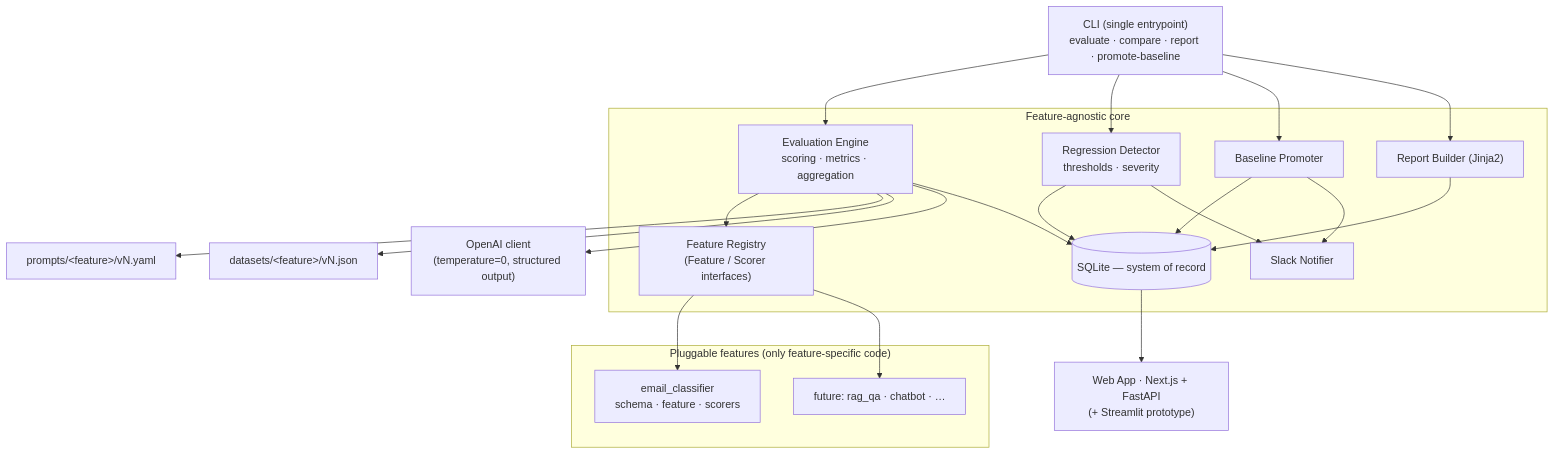
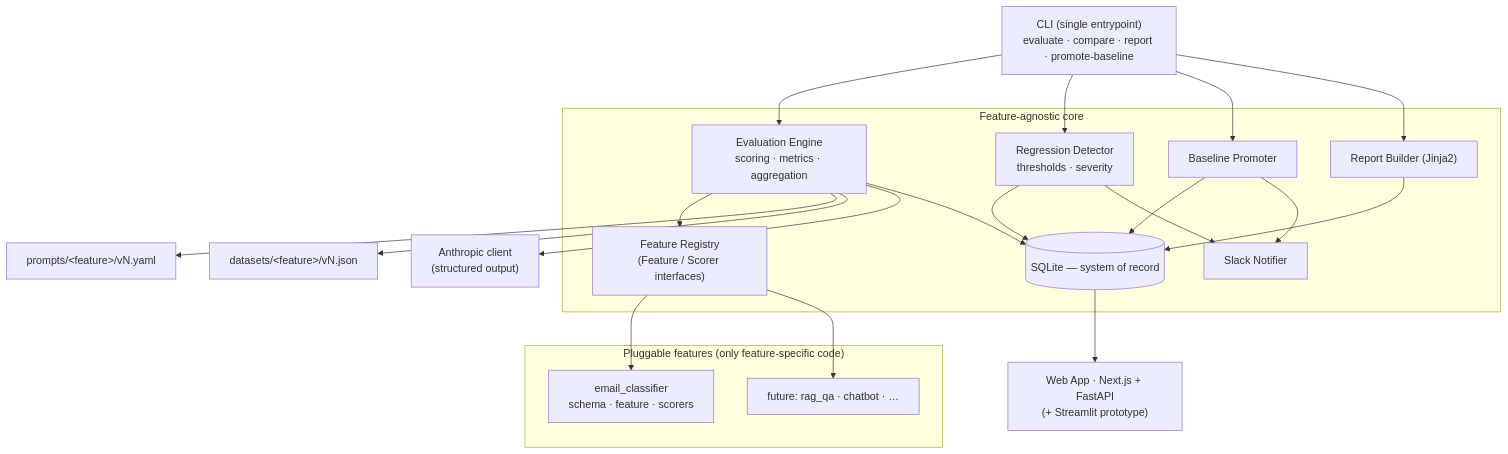
The first of 2 diagrams in README.md (rajverma212/Model_Regression_Detector), drawn with Mermaid before and after one commit. The commit also changed other lines of this file and 32 other files, not shown here.

````diff
--- a/README.md
+++ b/README.md
@@ -67,41 +67,41 @@
 ```mermaid
 flowchart TD
     CLI["CLI (single entrypoint)<br/>evaluate · compare · report · promote-baseline"]
 
     subgraph CORE["Feature-agnostic core"]
         REG["Feature Registry<br/>(Feature / Scorer interfaces)"]
         ENG["Evaluation Engine<br/>scoring · metrics · aggregation"]
         DET["Regression Detector<br/>thresholds · severity"]
         PROMO["Baseline Promoter"]
         REP["Report Builder (Jinja2)"]
         ALERT["Slack Notifier"]
         DB[("SQLite — system of record")]
     end
 
     subgraph PLUGINS["Pluggable features (only feature-specific code)"]
         EC["email_classifier<br/>schema · feature · scorers"]
         FUT["future: rag_qa · chatbot · …"]
     end
 
     PROMPTS["prompts/&lt;feature&gt;/vN.yaml"]
     DATA["datasets/&lt;feature&gt;/vN.json"]
-    LLM["OpenAI client<br/>(temperature=0, structured output)"]
+    LLM["Anthropic client<br/>(structured output)"]
 
     CLI --> ENG
     CLI --> DET
     CLI --> PROMO
     CLI --> REP
     REG --> EC
     REG --> FUT
     ENG --> REG
     ENG --> PROMPTS
     ENG --> DATA
     ENG --> LLM
     ENG --> DB
     DET --> DB
     PROMO --> DB
     DET --> ALERT
     PROMO --> ALERT
     REP --> DB
     DB --> DASH["Web App · Next.js + FastAPI<br/>(+ Streamlit prototype)"]
 ```
````
